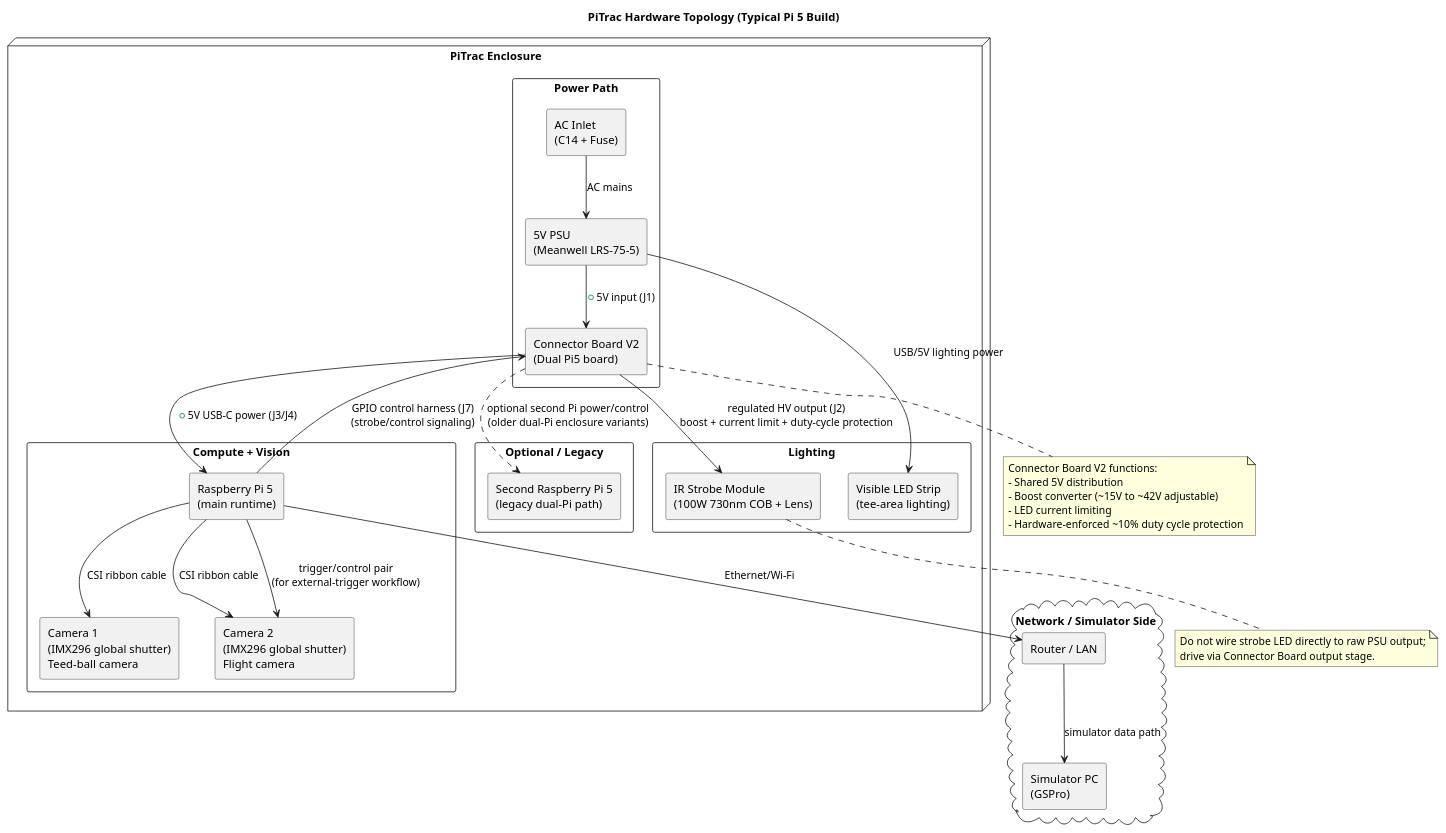
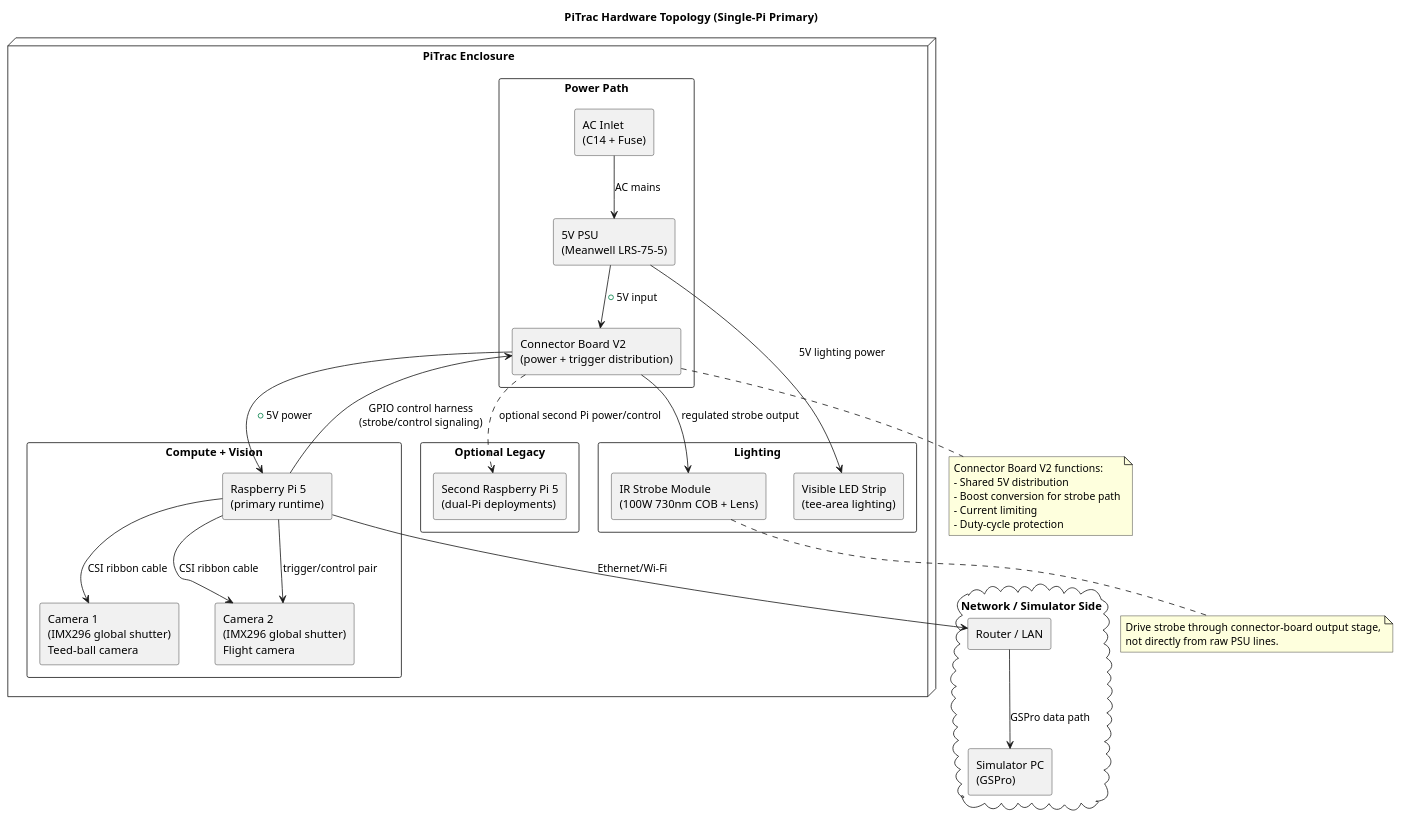
The diagram in assets/diagram/hardware-topology.puml (digitalhand/pitrac-light), drawn with PlantUML before and after one commit. The commit also changed 70 other files, not shown here.

```diff
--- a/assets/diagram/hardware-topology.puml
+++ b/assets/diagram/hardware-topology.puml
@@ -1,68 +1,67 @@
 @startuml
-title PiTrac Hardware Topology (Typical Pi 5 Build)
+title PiTrac Hardware Topology (Single-Pi Primary)
 
 skinparam shadowing false
 skinparam backgroundColor white
 skinparam componentStyle rectangle
 skinparam packageStyle rectangle
 
 node "PiTrac Enclosure" as enclosure {
   package "Power Path" {
     [AC Inlet\n(C14 + Fuse)] as ac_in
     [5V PSU\n(Meanwell LRS-75-5)] as psu5v
-    [Connector Board V2\n(Dual Pi5 board)] as cb
+    [Connector Board V2\n(power + trigger distribution)] as cb
   }
 
   package "Compute + Vision" {
-    [Raspberry Pi 5\n(main runtime)] as pi5
+    [Raspberry Pi 5\n(primary runtime)] as pi5
     [Camera 1\n(IMX296 global shutter)\nTeed-ball camera] as cam1
     [Camera 2\n(IMX296 global shutter)\nFlight camera] as cam2
   }
 
   package "Lighting" {
     [IR Strobe Module\n(100W 730nm COB + Lens)] as ir_strobe
     [Visible LED Strip\n(tee-area lighting)] as led_strip
   }
 
-  package "Optional / Legacy" {
-    [Second Raspberry Pi 5\n(legacy dual-Pi path)] as pi5b
+  package "Optional Legacy" {
+    [Second Raspberry Pi 5\n(dual-Pi deployments)] as pi5b
   }
 }
 
 cloud "Network / Simulator Side" as net {
   [Router / LAN] as lan
   [Simulator PC\n(GSPro)] as simpc
 }
 
 ac_in --> psu5v : AC mains
-psu5v --> cb : +5V input (J1)
-cb --> pi5 : +5V USB-C power (J3/J4)
+psu5v --> cb : +5V input
+cb --> pi5 : +5V power
 
 pi5 --> cam1 : CSI ribbon cable
 pi5 --> cam2 : CSI ribbon cable
-pi5 --> cam2 : trigger/control pair\n(for external-trigger workflow)
+pi5 --> cam2 : trigger/control pair
 
-pi5 --> cb : GPIO control harness (J7)\n(strobe/control signaling)
-cb --> ir_strobe : regulated HV output (J2)\nboost + current limit + duty-cycle protection
-
-psu5v --> led_strip : USB/5V lighting power
+pi5 --> cb : GPIO control harness\n(strobe/control signaling)
+cb --> ir_strobe : regulated strobe output
+psu5v --> led_strip : 5V lighting power
 
 pi5 --> lan : Ethernet/Wi-Fi
-lan --> simpc : simulator data path
+lan --> simpc : GSPro data path
 
-cb ..> pi5b : optional second Pi power/control\n(older dual-Pi enclosure variants)
+cb ..> pi5b : optional second Pi power/control
 
 note bottom of cb
 Connector Board V2 functions:
 - Shared 5V distribution
-- Boost converter (~15V to ~42V adjustable)
-- LED current limiting
-- Hardware-enforced ~10% duty cycle protection
+- Boost conversion for strobe path
+- Current limiting
+- Duty-cycle protection
 end note
 
 note bottom of ir_strobe
-Do not wire strobe LED directly to raw PSU output;
-drive via Connector Board output stage.
+Drive strobe through connector-board output stage,
+not directly from raw PSU lines.
 end note
 
 @enduml
```
